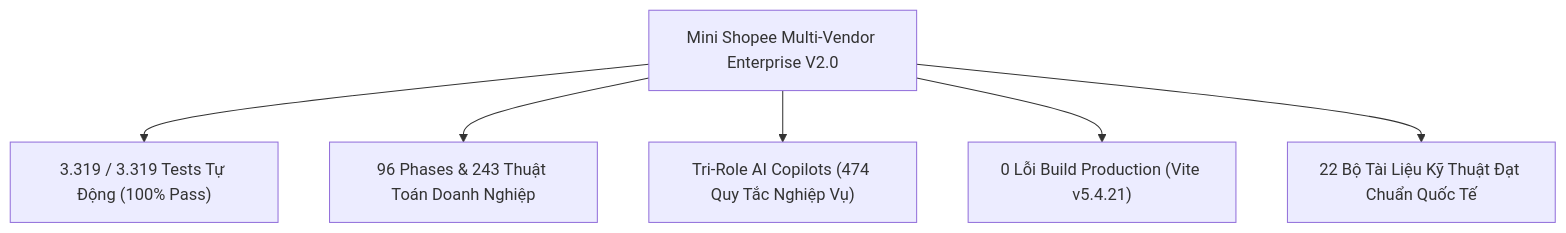
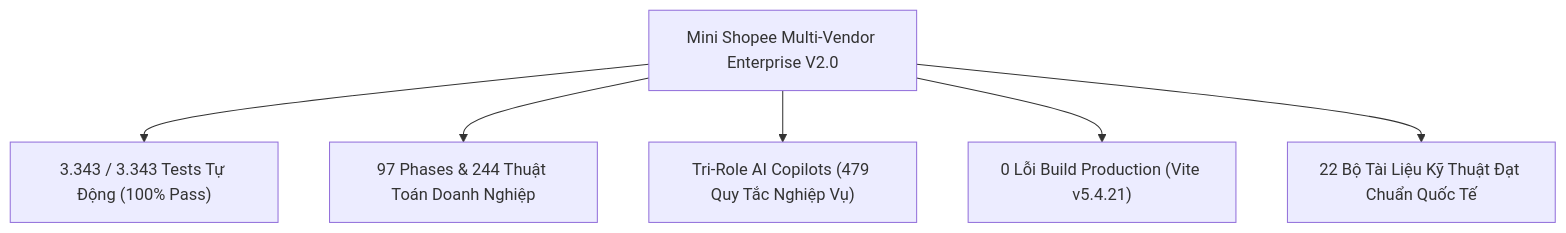
The first of 2 diagrams in docs/DANH_MUC_HO_SO_BAN_GIAO_VA_TONG_QUAN_DU_AN.md (JiaysTM17/Fullstack-Ecommerce), drawn with Mermaid before and after one commit. The commit also changed other lines of this file and 10 other files, not shown here.

````diff
--- a/docs/DANH_MUC_HO_SO_BAN_GIAO_VA_TONG_QUAN_DU_AN.md
+++ b/docs/DANH_MUC_HO_SO_BAN_GIAO_VA_TONG_QUAN_DU_AN.md
@@ -21,9 +21,9 @@
 ```mermaid
 graph TD
     System["Mini Shopee Multi-Vendor Enterprise V2.0"]
-    System --> Stat1["3.319 / 3.319 Tests Tự Động (100% Pass)"]
-    System --> Stat2["96 Phases & 243 Thuật Toán Doanh Nghiệp"]
-    System --> Stat3["Tri-Role AI Copilots (474 Quy Tắc Nghiệp Vụ)"]
+    System --> Stat1["3.343 / 3.343 Tests Tự Động (100% Pass)"]
+    System --> Stat2["97 Phases & 244 Thuật Toán Doanh Nghiệp"]
+    System --> Stat3["Tri-Role AI Copilots (479 Quy Tắc Nghiệp Vụ)"]
     System --> Stat4["0 Lỗi Build Production (Vite v5.4.21)"]
     System --> Stat5["22 Bộ Tài Liệu Kỹ Thuật Đạt Chuẩn Quốc Tế"]
 ```
````
